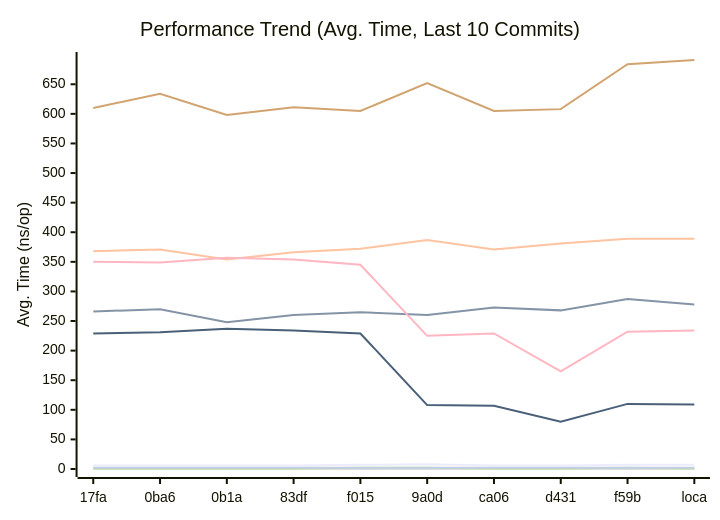
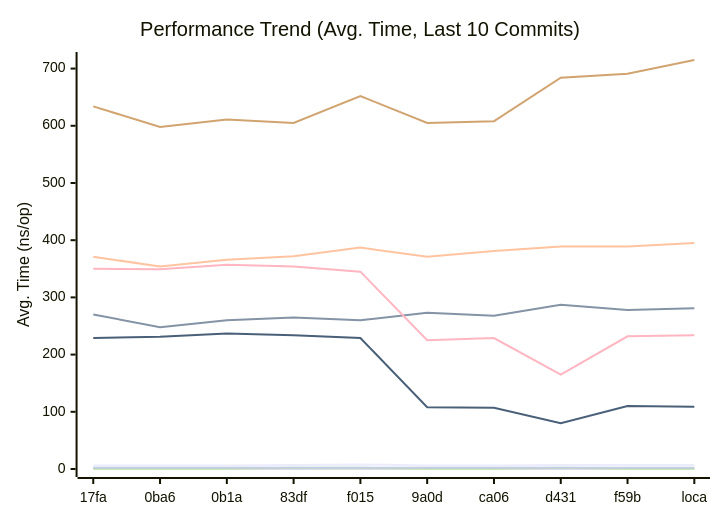
One commit to alsotoes/momo changed the first of 3 diagrams in docs/PERFORMANCE.md. Above: the diagram before and after it, drawn with Mermaid. The commit also changed other lines of this file and 5 other files, not shown here.

````diff
--- a/docs/PERFORMANCE.md
+++ b/docs/PERFORMANCE.md
@@ -81,16 +80,16 @@
 ```mermaid
 xychart-beta
     title "Performance Trend (Avg. Time, Last 10 Commits)"
     x-axis "Commit"
     y-axis "Avg. Time (ns/op)"
     x-axis [17fa,0ba6,0b1a,83df,f015,9a0d,ca06,d431,f59b,loca]
-    line "CheckMetricsAndSwap" [6,6,6,6,7,8,6,6,7,7]
-    line "CrushOptimized" [266,270,248,260,265,260,273,268,287,278]
-    line "CrushOriginal" [368,371,354,366,372,387,371,381,389,389]
+    line "CheckMetricsAndSwap" [6,6,6,7,8,6,6,7,7,7]
+    line "CrushOptimized" [270,248,260,265,260,273,268,287,278,281]
+    line "CrushOriginal" [371,354,366,372,387,371,381,389,389,395]
     line "IndexDirectTracking" [0,0,0,0,0,0,0,0,0,0]
-    line "IndexSearch" [1,1,1,1,2,2,1,1,2,1]
-    line "LoadGlobalConfig" [610,634,598,611,605,652,605,608,684,691]
+    line "IndexSearch" [1,1,1,2,2,1,1,2,1,1]
+    line "LoadGlobalConfig" [634,598,611,605,652,605,608,684,691,715]
     line "PadString" [2,2,2,2,2,2,2,2,2,2]
     line "ParseReplicationOrder_NoPrealloc" [350,349,357,354,345,225,229,165,232,234]
     line "ParseReplicationOrder_Prealloc" [229,231,237,234,229,108,107,80,110,109]
 ```
````
